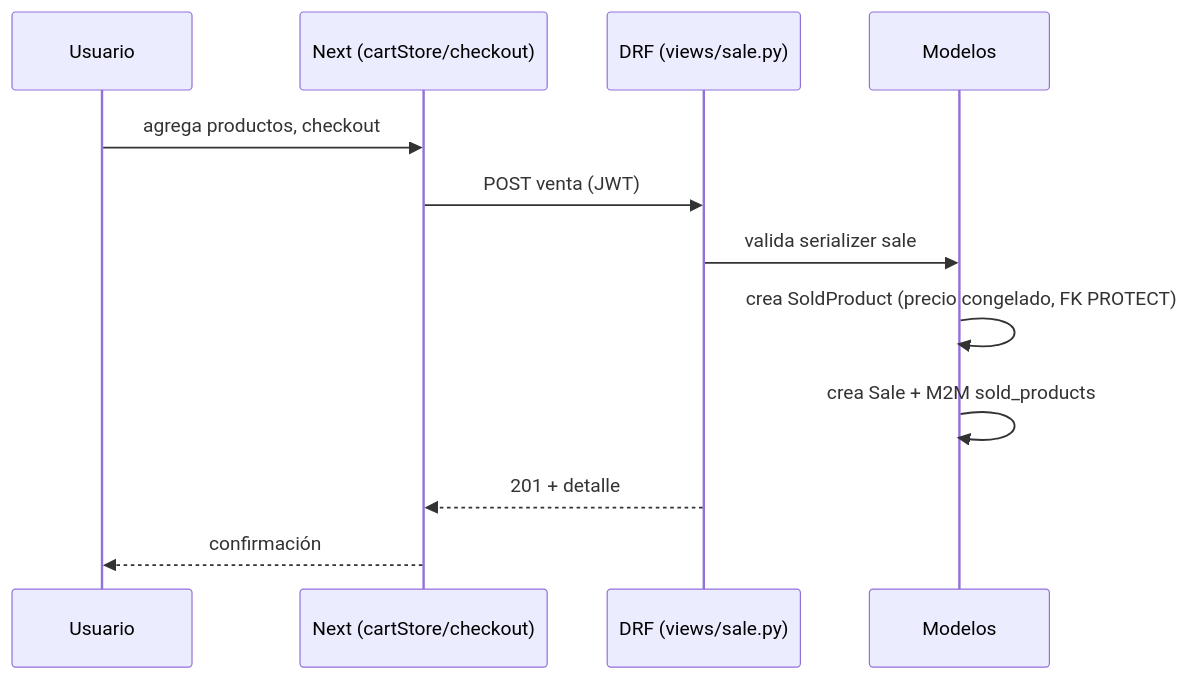
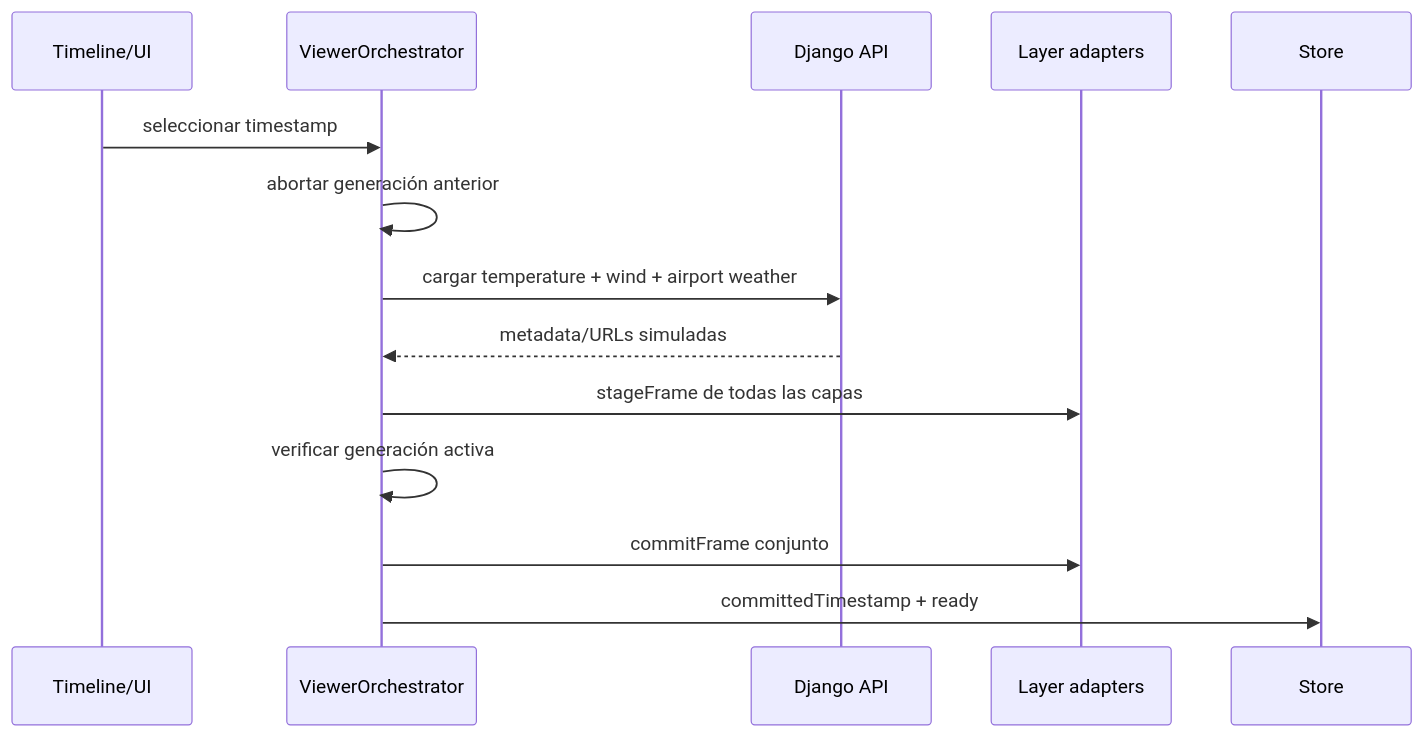
The third of 4 diagrams in docs/methodology/architecture.md (carlos18bp/aviation_weather_viewer_project), drawn with Mermaid before and after one commit. The commit also changed other lines of this file and 22 other files, not shown here.

````diff
--- a/docs/methodology/architecture.md
+++ b/docs/methodology/architecture.md
@@ -22,14 +59,16 @@
 ```mermaid
 sequenceDiagram
-    participant U as Usuario
-    participant FE as Next (cartStore/checkout)
-    participant API as DRF (views/sale.py)
-    participant ORM as Modelos
-    U->>FE: agrega productos, checkout
-    FE->>API: POST venta (JWT)
-    API->>ORM: valida serializer sale
-    ORM->>ORM: crea SoldProduct (precio congelado, FK PROTECT)
-    ORM->>ORM: crea Sale + M2M sold_products
-    API-->>FE: 201 + detalle
-    FE-->>U: confirmación
+    participant UI as Timeline/UI
+    participant O as ViewerOrchestrator
+    participant API as Django API
+    participant L as Layer adapters
+    participant ST as Store
+    UI->>O: seleccionar timestamp
+    O->>O: abortar generación anterior
+    O->>API: cargar temperature + wind + airport weather
+    API-->>O: metadata/URLs simuladas
+    O->>L: stageFrame de todas las capas
+    O->>O: verificar generación activa
+    O->>L: commitFrame conjunto
+    O->>ST: committedTimestamp + ready
 ```
````
